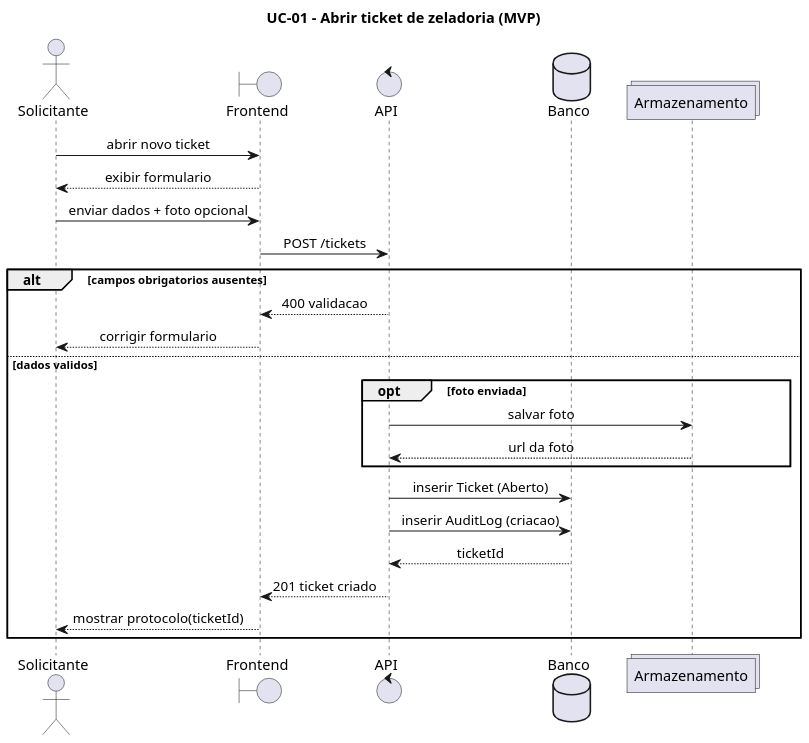
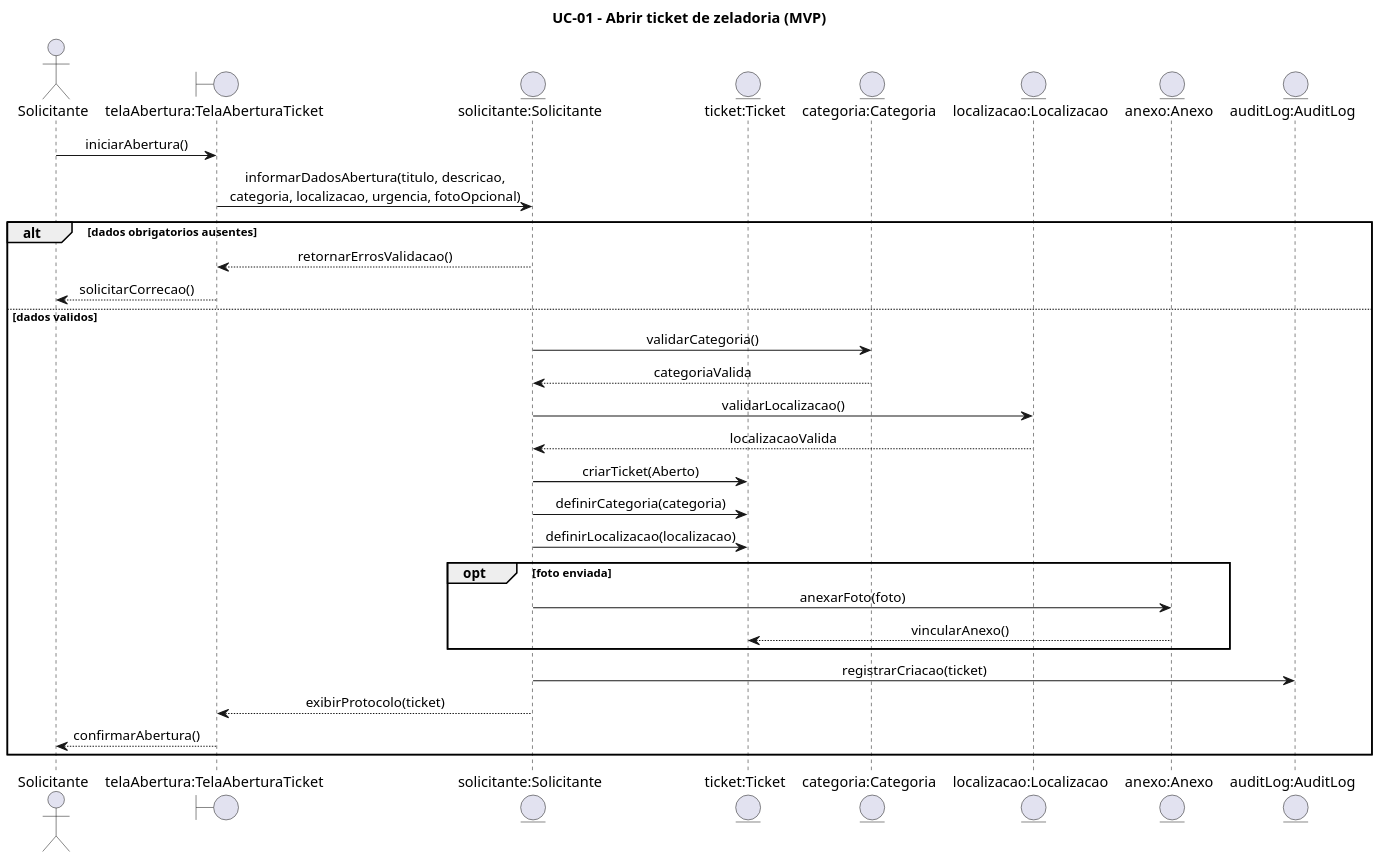
The diagram in docs/diagramas/diagrama-sequencia-uc01-abrir-ticket.puml (araujoviana/lab-eng-software-grupo10), drawn with PlantUML before and after one commit. The commit also changed 11 other files, not shown here.

```diff
--- a/docs/diagramas/diagrama-sequencia-uc01-abrir-ticket.puml
+++ b/docs/diagramas/diagrama-sequencia-uc01-abrir-ticket.puml
@@ -1,37 +1,42 @@
 @startuml
 skinparam shadowing false
 skinparam dpi 140
 skinparam sequenceMessageAlign center
 skinparam ParticipantPadding 20
 skinparam BoxPadding 10
 
 title UC-01 - Abrir ticket de zeladoria (MVP)
 
-actor Solicitante
-boundary Frontend
-control API
-database Banco
-collections Armazenamento
+actor AtorSolicitante as "Solicitante"
+boundary "telaAbertura:TelaAberturaTicket" as Tela
+entity "solicitante:Solicitante" as Solicitante
+entity "ticket:Ticket" as Ticket
+entity "categoria:Categoria" as Categoria
+entity "localizacao:Localizacao" as Localizacao
+entity "anexo:Anexo" as Anexo
+entity "auditLog:AuditLog" as AuditLog
 
-Solicitante -> Frontend: abrir novo ticket
-Frontend --> Solicitante: exibir formulario
+AtorSolicitante -> Tela: iniciarAbertura()
+Tela -> Solicitante: informarDadosAbertura(titulo, descricao,\ncategoria, localizacao, urgencia, fotoOpcional)
 
-Solicitante -> Frontend: enviar dados + foto opcional
-Frontend -> API: POST /tickets
-
-alt campos obrigatorios ausentes
-  API --> Frontend: 400 validacao
-  Frontend --> Solicitante: corrigir formulario
+alt dados obrigatorios ausentes
+  Solicitante --> Tela: retornarErrosValidacao()
+  Tela --> AtorSolicitante: solicitarCorrecao()
 else dados validos
+  Solicitante -> Categoria: validarCategoria()
+  Categoria --> Solicitante: categoriaValida
+  Solicitante -> Localizacao: validarLocalizacao()
+  Localizacao --> Solicitante: localizacaoValida
+  Solicitante -> Ticket: criarTicket(Aberto)
+  Solicitante -> Ticket: definirCategoria(categoria)
+  Solicitante -> Ticket: definirLocalizacao(localizacao)
   opt foto enviada
-    API -> Armazenamento: salvar foto
-    Armazenamento --> API: url da foto
+    Solicitante -> Anexo: anexarFoto(foto)
+    Anexo --> Ticket: vincularAnexo()
   end
-  API -> Banco: inserir Ticket (Aberto)
-  API -> Banco: inserir AuditLog (criacao)
-  Banco --> API: ticketId
-  API --> Frontend: 201 ticket criado
-  Frontend --> Solicitante: mostrar protocolo(ticketId)
+  Solicitante -> AuditLog: registrarCriacao(ticket)
+  Solicitante --> Tela: exibirProtocolo(ticket)
+  Tela --> AtorSolicitante: confirmarAbertura()
 end
 
 @enduml
```
